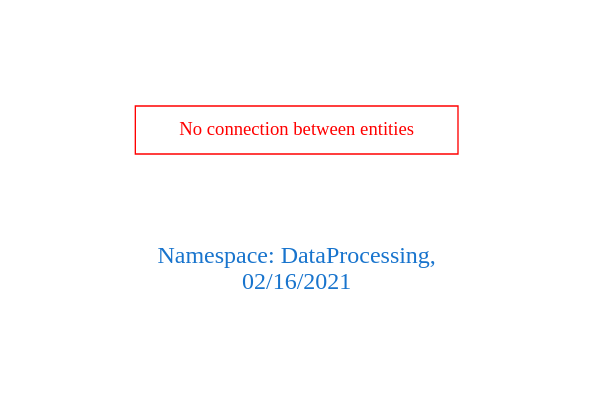
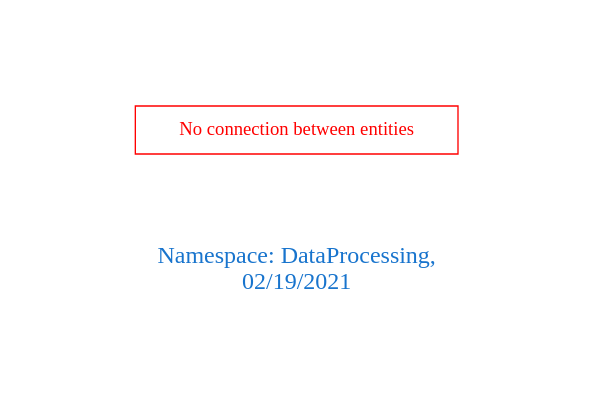
Before and after one commit to arago/OGIT: the diagram in downloads/DataProcessing.dot, drawn with Graphviz. The commit also changed 1845 other files, not shown here.

```diff
--- a/downloads/DataProcessing.dot
+++ b/downloads/DataProcessing.dot
@@ -1,9 +1,9 @@
 digraph OGIT_ontology {
  graph [ rankdir= LR,pad=1 
 fontsize = 18,
-fontcolor= dodgerblue3,label = "\n\n\nNamespace: DataProcessing, \n 02/16/2021"];
+fontcolor= dodgerblue3,label = "\n\n\nNamespace: DataProcessing, \n 02/19/2021"];
 node[shape=polygon];
 edge [  color="gray81"];
 
 "No connection between entities" [fontcolor = "red",color="red", shape="polygon"]
 }
```
